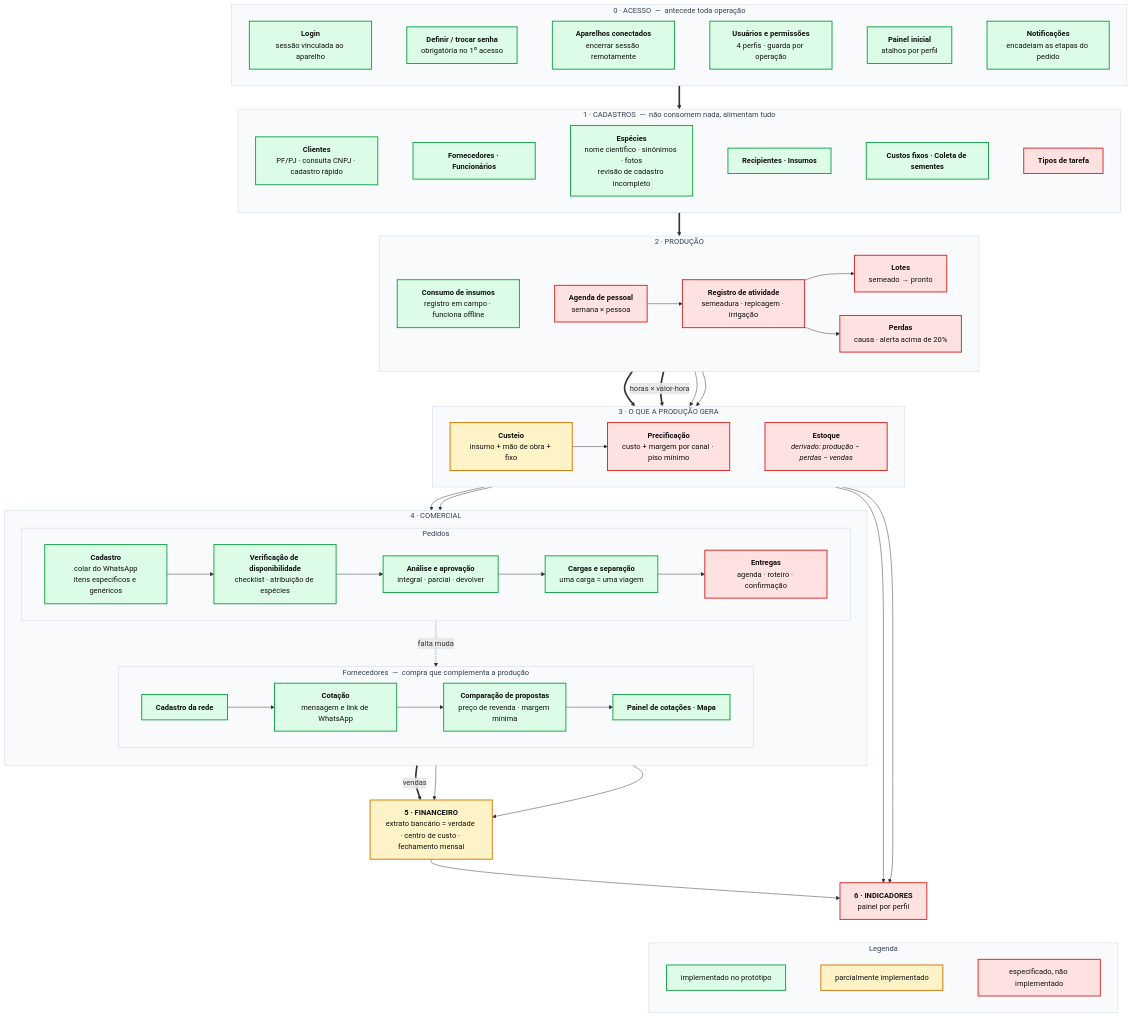
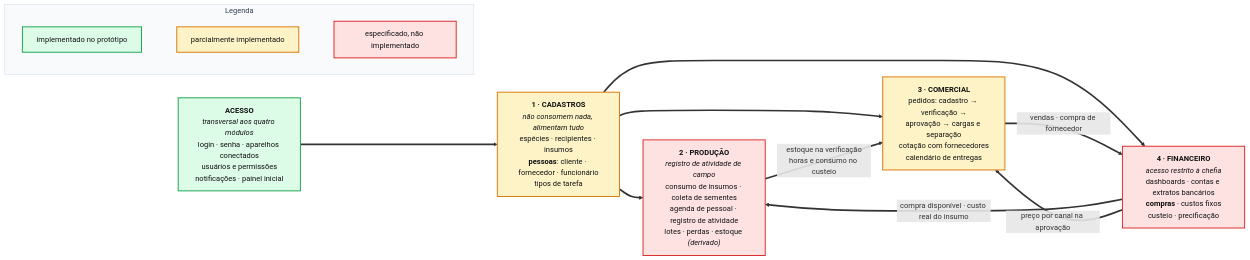
One commit to JoaoMudar/mudar changed the diagram in docs/rotinas/img/mapa-sistema-v2.mmd. Above: the diagram before and after it, drawn with Mermaid. The commit also changed 69 other files, not shown here.

```diff
--- a/docs/rotinas/img/mapa-sistema-v2.mmd
+++ b/docs/rotinas/img/mapa-sistema-v2.mmd
@@ -1,107 +1,47 @@
-flowchart TB
-  subgraph ACC["0 &middot; ACESSO &nbsp;&mdash;&nbsp; antecede toda operação"]
-    direction LR
-    LOG["<b>Login</b><br/>sessão vinculada ao aparelho"]
-    SEN["<b>Definir / trocar senha</b><br/>obrigatória no 1º acesso"]
-    SES["<b>Aparelhos conectados</b><br/>encerrar sessão remotamente"]
-    USU["<b>Usuários e permissões</b><br/>4 perfis · guarda por operação"]
-    PAI["<b>Painel inicial</b><br/>atalhos por perfil"]
-    NOT["<b>Notificações</b><br/>encadeiam as etapas do pedido"]
-    LOG ~~~ SEN ~~~ SES ~~~ USU ~~~ PAI ~~~ NOT
-  end
+%% Mapa consolidado — QUATRO modulos, com Acesso transversal.
+%% Fonte unica da taxonomia. Espelhada em `src/lib/modules.ts` (navegacao) e
+%% nos comentarios de secao de `src/lib/permissions.ts` (matriz do D4).
+%% Este mapa e de nivel de modulo de proposito: o fluxo entre eles e um CICLO,
+%% e desenhar as ~25 telas junto com o ciclo produzia um emaranhado ilegivel.
+%% O que tem dentro de cada modulo esta em mapa-1-cadastros .. mapa-4-financeiro.
+flowchart LR
+  ACC["<b>ACESSO</b><br/><i>transversal aos quatro módulos</i><br/>login · senha · aparelhos conectados<br/>usuários e permissões<br/>notificações · painel inicial"]
 
-  subgraph CAD["1 &middot; CADASTROS &nbsp;&mdash;&nbsp; não consomem nada, alimentam tudo"]
-    direction LR
-    CLI["<b>Clientes</b><br/>PF/PJ · consulta CNPJ · cadastro rápido"]
-    PES["<b>Fornecedores · Funcionários</b>"]
-    ESP["<b>Espécies</b><br/>nome científico · sinônimos · fotos<br/>revisão de cadastro incompleto"]
-    REC["<b>Recipientes · Insumos</b>"]
-    CFX["<b>Custos fixos · Coleta de sementes</b>"]
-    TIP["<b>Tipos de tarefa</b>"]
-    CLI ~~~ PES ~~~ ESP ~~~ REC ~~~ CFX ~~~ TIP
-  end
+  CAD["<b>1 · CADASTROS</b><br/><i>não consomem nada, alimentam tudo</i><br/>espécies · recipientes · insumos<br/><b>pessoas</b>: cliente · fornecedor · funcionário<br/>tipos de tarefa"]
 
-  subgraph PRO["2 &middot; PRODUÇÃO"]
-    direction LR
-    CON["<b>Consumo de insumos</b><br/>registro em campo · funciona offline"]
-    AGE["<b>Agenda de pessoal</b><br/>semana &times; pessoa"]
-    REG["<b>Registro de atividade</b><br/>semeadura · repicagem · irrigação"]
-    LOT["<b>Lotes</b><br/>semeado &rarr; pronto"]
-    PER["<b>Perdas</b><br/>causa · alerta acima de 20%"]
-    CON ~~~ AGE
-    AGE --> REG
-    REG --> LOT
-    REG --> PER
-  end
+  PRO["<b>2 · PRODUÇÃO</b><br/><i>registro de atividade de campo</i><br/>consumo de insumos · coleta de sementes<br/>agenda de pessoal · registro de atividade<br/>lotes · perdas · estoque <i>(derivado)</i>"]
 
-  subgraph GER["3 &middot; O QUE A PRODUÇÃO GERA"]
-    direction LR
-    CUS["<b>Custeio</b><br/>insumo + mão de obra + fixo"]
-    PRE["<b>Precificação</b><br/>custo + margem por canal · piso mínimo"]
-    EST["<b>Estoque</b><br/><i>derivado: produção &minus; perdas &minus; vendas</i>"]
-    CUS --> PRE ~~~ EST
-  end
+  COM["<b>3 · COMERCIAL</b><br/>pedidos: cadastro → verificação →<br/>aprovação → cargas e separação<br/>cotação com fornecedores<br/>calendário de entregas"]
 
-  subgraph COM["4 &middot; COMERCIAL"]
-    direction TB
-    subgraph PED["Pedidos"]
-      direction LR
-      P1["<b>Cadastro</b><br/>colar do WhatsApp<br/>itens específicos e genéricos"]
-      P2["<b>Verificação de disponibilidade</b><br/>checklist · atribuição de espécies"]
-      P3["<b>Análise e aprovação</b><br/>integral · parcial · devolver"]
-      P4["<b>Cargas e separação</b><br/>uma carga = uma viagem"]
-      ENT["<b>Entregas</b><br/>agenda · roteiro · confirmação"]
-      P1 --> P2 --> P3 --> P4 --> ENT
-    end
-    subgraph COT["Fornecedores &nbsp;&mdash;&nbsp; compra que complementa a produção"]
-      direction LR
-      F1["<b>Cadastro da rede</b>"]
-      F2["<b>Cotação</b><br/>mensagem e link de WhatsApp"]
-      F3["<b>Comparação de propostas</b><br/>preço de revenda · margem mínima"]
-      F4["<b>Painel de cotações · Mapa</b>"]
-      F1 --> F2 --> F3 --> F4
-    end
-    P2 -.->|"falta muda"| F2
-  end
-
-  FIN["<b>5 &middot; FINANCEIRO</b><br/>extrato bancário = verdade · centro de custo · fechamento mensal"]
-  IND["<b>6 &middot; INDICADORES</b><br/>painel por perfil"]
+  FIN["<b>4 · FINANCEIRO</b><br/><i>acesso restrito à chefia</i><br/>dashboards · contas e extratos bancários<br/><b>compras</b> · custos fixos<br/>custeio · precificação"]
 
   ACC ==> CAD
+
+  %% Cadastros alimenta todo mundo e nao consome nada. E o unico sem entrada.
   CAD ==> PRO
+  CAD ==> COM
+  CAD ==> FIN
 
-  CON ==> CUS
-  AGE ==>|"horas &times; valor-hora"| CUS
-  LOT --> EST
-  PER --> EST
-
-  EST --> P2
-  PRE --> P3
-
-  P3 ==>|"vendas"| FIN
-  F3 --> FIN
-  ENT --> FIN
-
-  FIN --> IND
-  EST --> IND
-  PRE --> IND
+  %% O ciclo. Quebrar qualquer elo faz o preco voltar a ser chute.
+  FIN ==>|"compra disponível · custo real do insumo"| PRO
+  PRO ==>|"estoque na verificação<br/>horas e consumo no custeio"| COM
+  COM ==>|"vendas · compra de fornecedor"| FIN
+  FIN ==>|"preço por canal na aprovação"| COM
 
   subgraph LEG["Legenda"]
     direction LR
     L1["implementado no protótipo"]
     L2["parcialmente implementado"]
     L3["especificado, não implementado"]
     L1 ~~~ L2 ~~~ L3
   end
 
-  IND ~~~ LEG
-
   classDef ok fill:#dcfce7,stroke:#16a34a,stroke-width:2px,color:#111
   classDef meio fill:#fef3c7,stroke:#d97706,stroke-width:2px,color:#111
   classDef falta fill:#fee2e2,stroke:#dc2626,stroke-width:2px,color:#111
   classDef grupo fill:#f8fafc,stroke:#cbd5e1,stroke-width:1px,color:#334155
 
-  class LOG,SEN,SES,PAI,NOT,USU,CLI,PES,ESP,REC,CFX,CON,P1,P2,P3,P4,F1,F2,F3,F4,L1 ok
-  class CUS,FIN,L2 meio
-  class TIP,AGE,REG,LOT,PER,EST,PRE,ENT,IND,L3 falta
-  class ACC,CAD,PRO,GER,COM,PED,COT,LEG grupo
+  class ACC,L1 ok
+  class CAD,COM,L2 meio
+  class PRO,FIN,L3 falta
+  class LEG grupo
```
